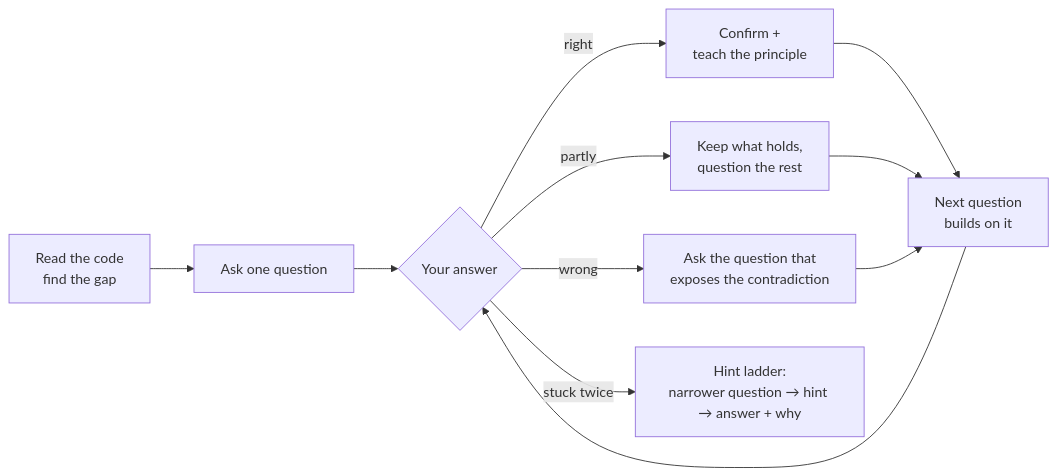
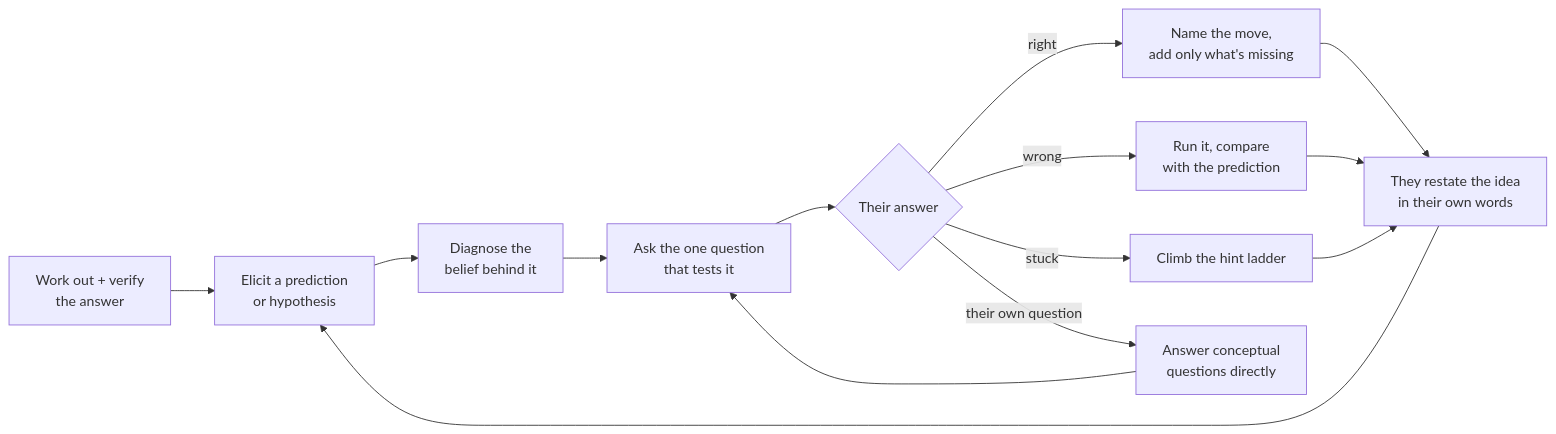
Before and after one commit to 0xSagaCity/socratic: the diagram in README.md, drawn with Mermaid. The commit also changed other lines of this file and 32 other files, not shown here.

````diff
--- a/README.md
+++ b/README.md
@@ -58,13 +66,16 @@
 ```mermaid
 flowchart LR
-    A[Read the code<br/>find the gap] --> B[Ask one question]
-    B --> C{Your answer}
-    C -->|right| D[Confirm +<br/>teach the principle]
-    C -->|partly| E[Keep what holds,<br/>question the rest]
-    C -->|wrong| F[Ask the question that<br/>exposes the contradiction]
-    D --> G[Next question<br/>builds on it]
-    E --> G
-    F --> G
-    G --> C
-    C -->|stuck twice| H[Hint ladder:<br/>narrower question → hint → answer + why]
+    A[Work out + verify<br/>the answer] --> B[Elicit a prediction<br/>or hypothesis]
+    B --> C[Diagnose the<br/>belief behind it]
+    C --> D[Ask the one question<br/>that tests it]
+    D --> E{Their answer}
+    E -->|right| F[Name the move,<br/>add only what's missing]
+    E -->|wrong| G[Run it, compare<br/>with the prediction]
+    E -->|stuck| H[Climb the hint ladder]
+    E -->|their own question| I[Answer conceptual<br/>questions directly]
+    F --> J[They restate the idea<br/>in their own words]
+    G --> J
+    H --> J
+    I --> D
+    J --> B
 ```
````
